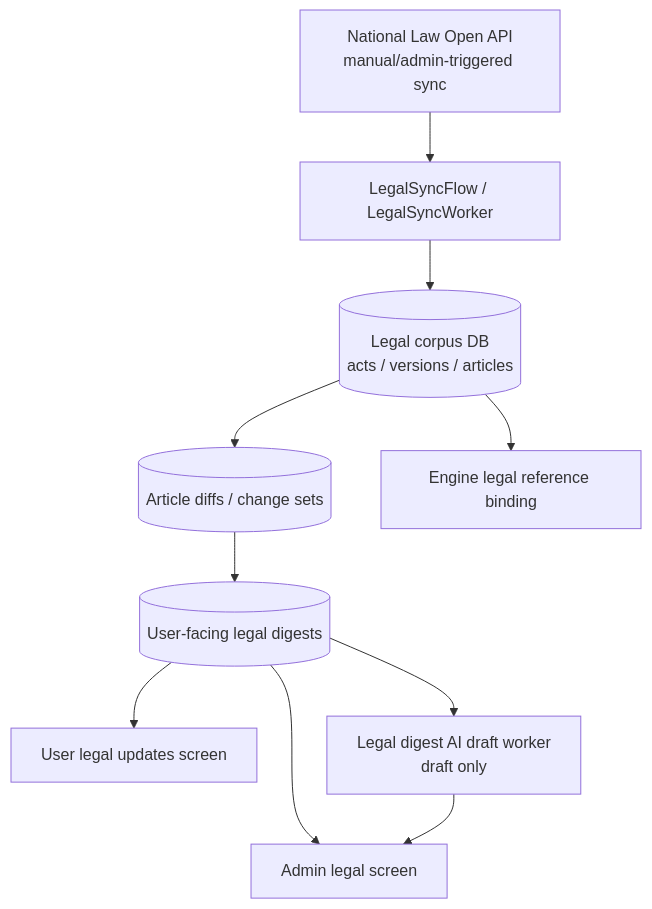
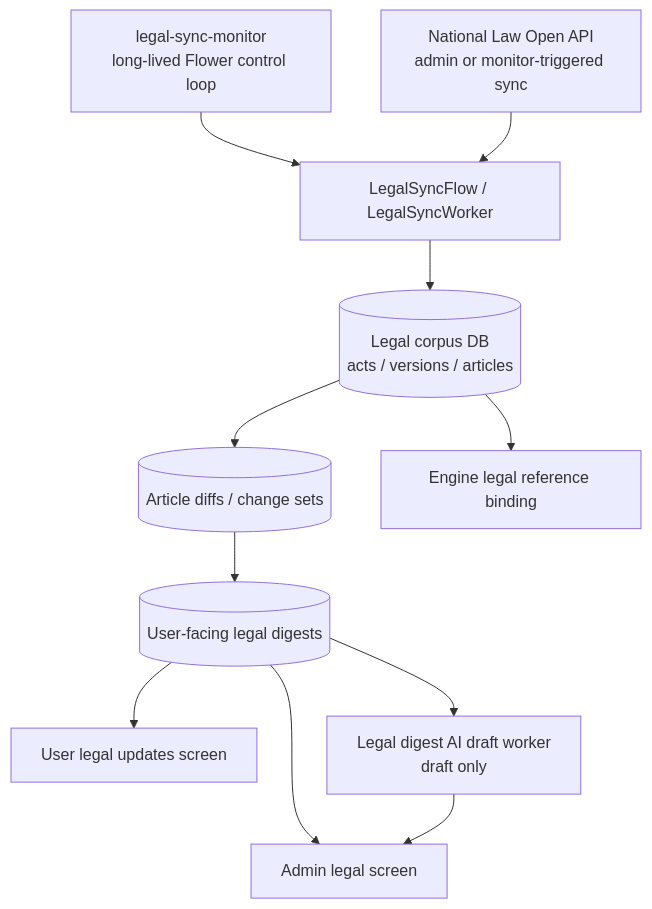
Before and after one commit to parkKevinSB/archdox: the sixth of 8 diagrams in docs/architecture/SYSTEM_MAP.md, drawn with Mermaid. The commit also changed other lines of this file and 26 other files, not shown here.

Commit message:
feat: add flower operational monitor flows

````diff
--- a/docs/architecture/SYSTEM_MAP.md
+++ b/docs/architecture/SYSTEM_MAP.md
@@ -228,22 +228,24 @@
 ```mermaid
 flowchart TB
-    LawOpenApi["National Law Open API<br/>manual/admin-triggered sync"]
+    LawOpenApi["National Law Open API<br/>admin or monitor-triggered sync"]
+    LegalMonitor["legal-sync-monitor<br/>long-lived Flower control loop"]
     LegalSync["LegalSyncFlow / LegalSyncWorker"]
     Corpus[("Legal corpus DB<br/>acts / versions / articles")]
     Diff[("Article diffs / change sets")]
     Digest[("User-facing legal digests")]
     Admin["Admin legal screen"]
     User["User legal updates screen"]
     Engine["Engine legal reference binding"]
     AI["Legal digest AI draft worker<br/>draft only"]
 
+    LegalMonitor --> LegalSync
     LawOpenApi --> LegalSync
     LegalSync --> Corpus
     Corpus --> Diff
     Diff --> Digest
     Digest --> Admin
     Digest --> User
     Corpus --> Engine
     Digest --> AI
     AI --> Admin
 ```
````
